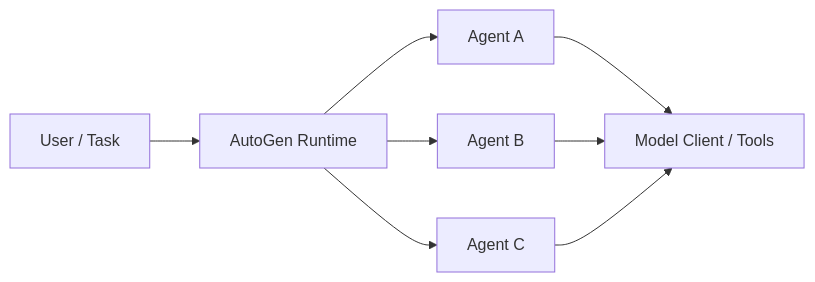
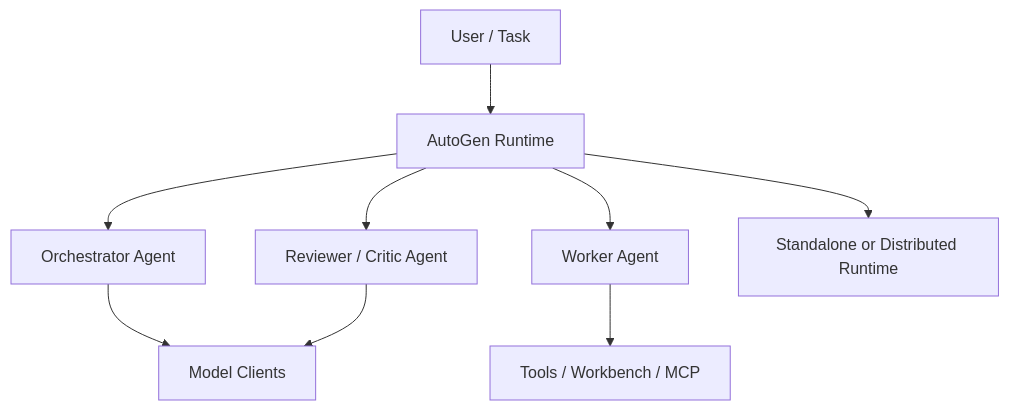
The first of 2 diagrams in 01-Areas/AI-Open-Source/03-Projects/AutoGen.md (superliyang/tony-2026), drawn with Mermaid before and after one commit. The commit also changed other lines of this file and 7 other files, not shown here.

````diff
--- a/01-Areas/AI-Open-Source/03-Projects/AutoGen.md
+++ b/01-Areas/AI-Open-Source/03-Projects/AutoGen.md
@@ -81,10 +136,11 @@
 ```mermaid
-flowchart LR
+flowchart TB
   U["User / Task"] --> RT["AutoGen Runtime"]
-  RT --> A1["Agent A"]
-  RT --> A2["Agent B"]
-  RT --> A3["Agent C"]
-  A1 --> MC["Model Client / Tools"]
-  A2 --> MC
+  RT --> A1["Orchestrator Agent"]
+  RT --> A2["Worker Agent"]
+  RT --> A3["Reviewer / Critic Agent"]
+  A1 --> MC["Model Clients"]
+  A2 --> TOOLS["Tools / Workbench / MCP"]
   A3 --> MC
+  RT --> DIST["Standalone or Distributed Runtime"]
 ```
````
